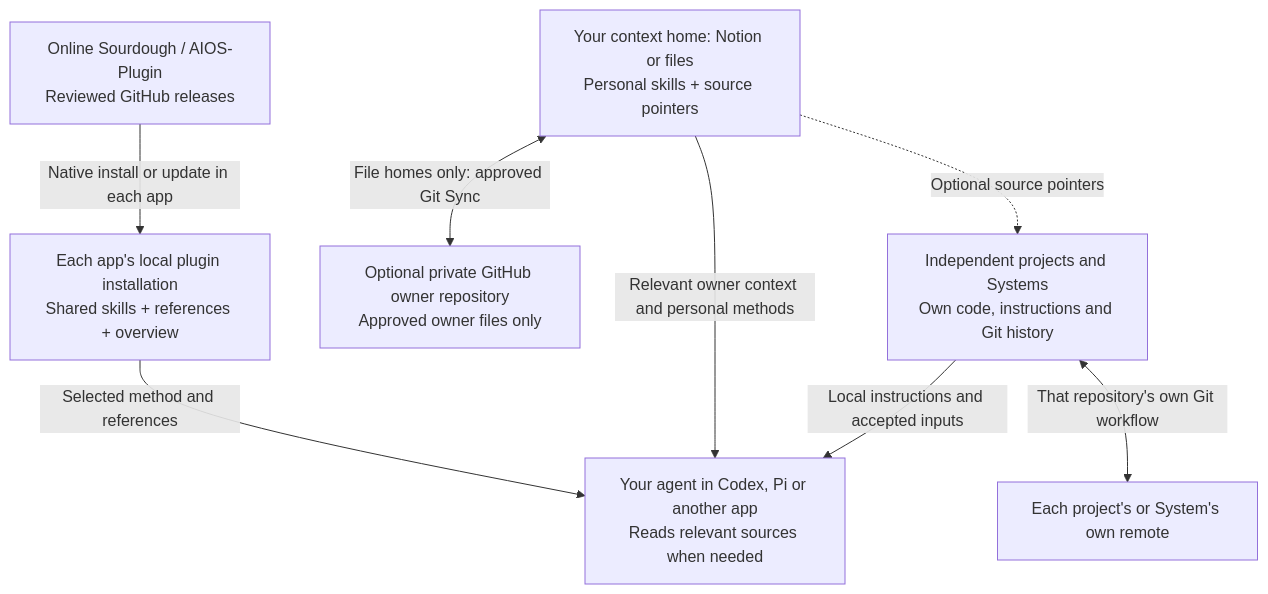
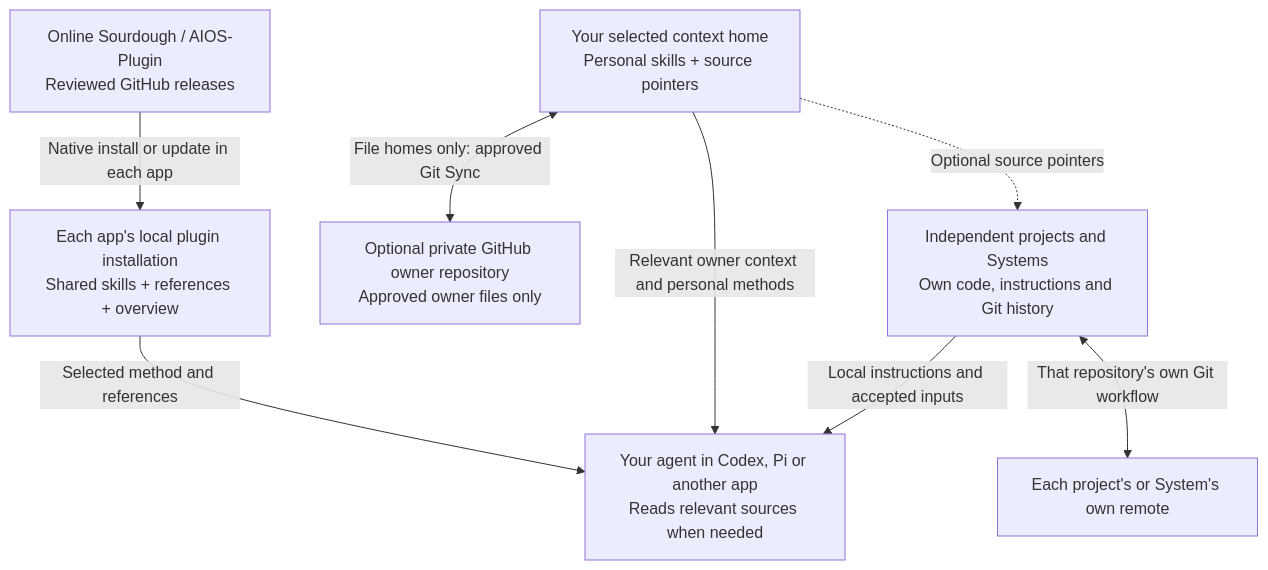
The diagram in README.md (onlinesourdough/AIOS-Plugin), drawn with Mermaid before and after one commit. The commit also changed other lines of this file and 34 other files, not shown here.

````diff
--- a/README.md
+++ b/README.md
@@ -285,17 +296,17 @@
 ```mermaid
 flowchart TB
     upstream["Online Sourdough / AIOS-Plugin<br/>Reviewed GitHub releases"]
     installed["Each app's local plugin installation<br/>Shared skills + references + overview"]
     agent["Your agent in Codex, Pi or another app<br/>Reads relevant sources when needed"]
-    personal["Your context home: Notion or files<br/>Personal skills + source pointers"]
+    personal["Your selected context home<br/>Personal skills + source pointers"]
     backup["Optional private GitHub owner repository<br/>Approved owner files only"]
     project["Independent projects and Systems<br/>Own code, instructions and Git history"]
     projectremote["Each project's or System's own remote"]
     upstream -->|"Native install or update in each app"| installed
     installed -->|"Selected method and references"| agent
     personal -->|"Relevant owner context and personal methods"| agent
     personal <-->|"File homes only: approved Git Sync"| backup
     personal -.->|"Optional source pointers"| project
     project -->|"Local instructions and accepted inputs"| agent
     project <-->|"That repository's own Git workflow"| projectremote
 ```
````
